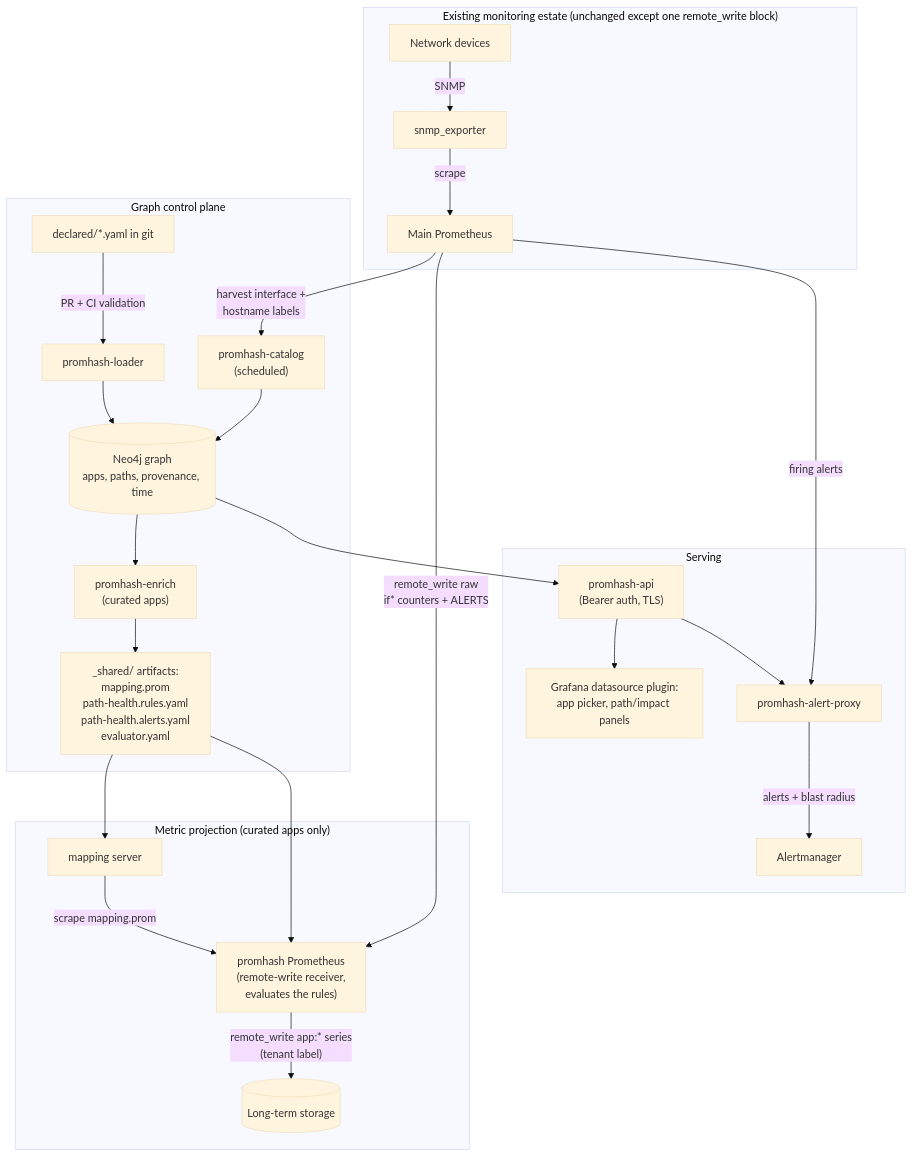
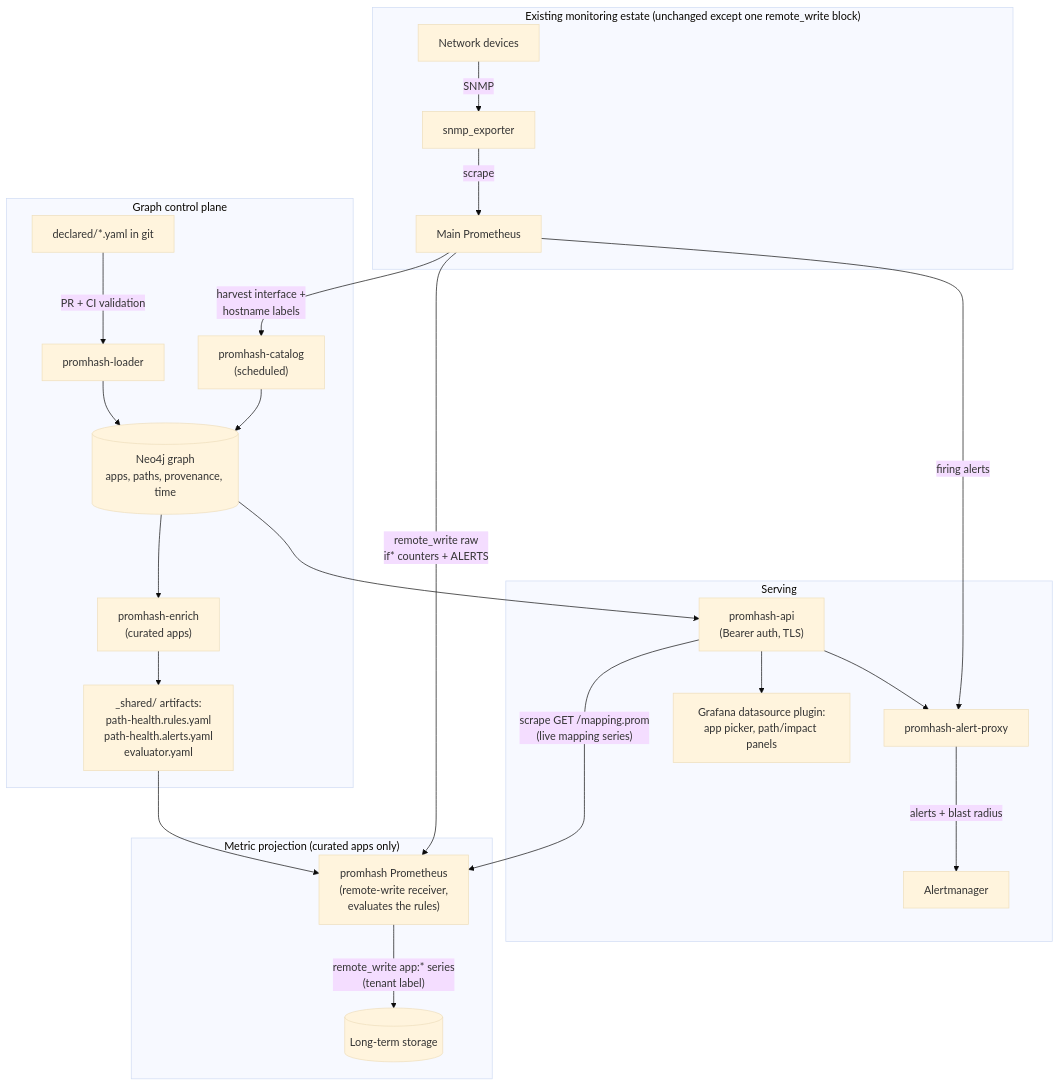
The diagram in README.md (AlectoTheFirst/promhash), drawn with Mermaid (base theme) before and after one commit. The commit also changed other lines of this file and 15 other files, not shown here.

First line of the commit message:
feat(api,enrich): serve mapping series live from promhash-api; drop mapping.prom gitops artifact

````diff
--- a/README.md
+++ b/README.md
@@ -50,39 +50,39 @@
 ```mermaid
 flowchart TB
     subgraph estate["Existing monitoring estate (unchanged except one remote_write block)"]
         devices["Network devices"] -- SNMP --> exporter["snmp_exporter"]
         exporter -- scrape --> mainprom["Main Prometheus"]
     end
 
     subgraph graphplane["Graph control plane"]
         yaml["declared/*.yaml in git"] -- "PR + CI validation" --> loader["promhash-loader"]
         catalog["promhash-catalog<br/>(scheduled)"] --> neo[("Neo4j graph<br/>apps, paths, provenance, time")]
         loader --> neo
         neo --> enrich["promhash-enrich<br/>(curated apps)"]
-        enrich --> artifacts["_shared/ artifacts:<br/>mapping.prom<br/>path-health.rules.yaml<br/>path-health.alerts.yaml<br/>evaluator.yaml"]
+        enrich --> artifacts["_shared/ artifacts:<br/>path-health.rules.yaml<br/>path-health.alerts.yaml<br/>evaluator.yaml"]
     end
 
     mainprom -- "harvest interface +<br/>hostname labels" --> catalog
 
     subgraph projection["Metric projection (curated apps only)"]
-        mapping["mapping server"] -- "scrape mapping.prom" --> pprom["promhash Prometheus<br/>(remote-write receiver,<br/>evaluates the rules)"]
+        pprom["promhash Prometheus<br/>(remote-write receiver,<br/>evaluates the rules)"]
         pprom -- "remote_write app:* series<br/>(tenant label)" --> lts[("Long-term storage")]
     end
 
-    artifacts --> mapping
     artifacts --> pprom
     mainprom -- "remote_write raw<br/>if* counters + ALERTS" --> pprom
 
     subgraph serving["Serving"]
         api["promhash-api<br/>(Bearer auth, TLS)"]
         plugin["Grafana datasource plugin:<br/>app picker, path/impact panels"]
         proxy["promhash-alert-proxy"]
         am["Alertmanager"]
     end
 
     neo --> api
+    api -- "scrape GET /mapping.prom<br/>(live mapping series)" --> pprom
     api --> plugin
     api --> proxy
     mainprom -- "firing alerts" --> proxy
     proxy -- "alerts + blast radius" --> am
 ```
````
